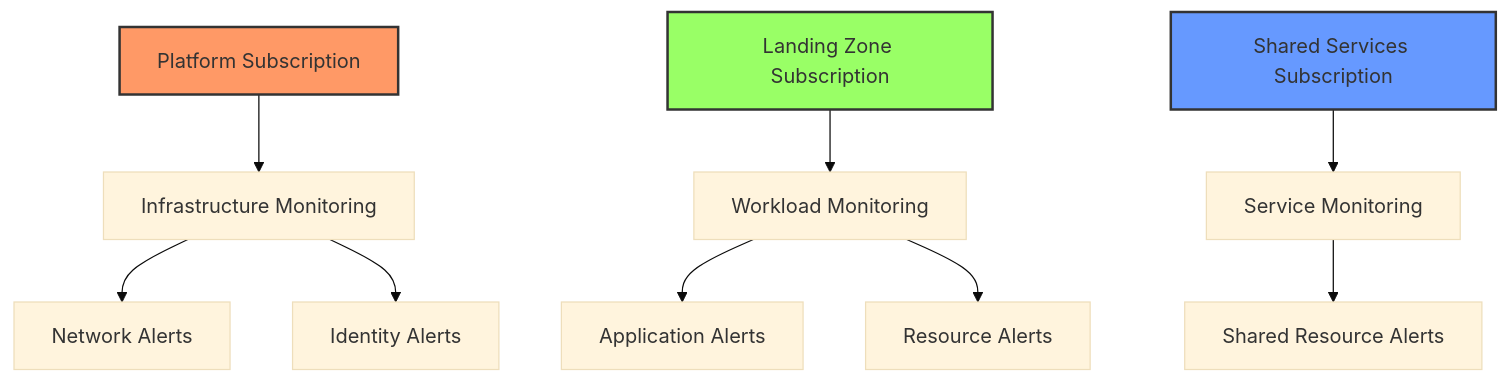
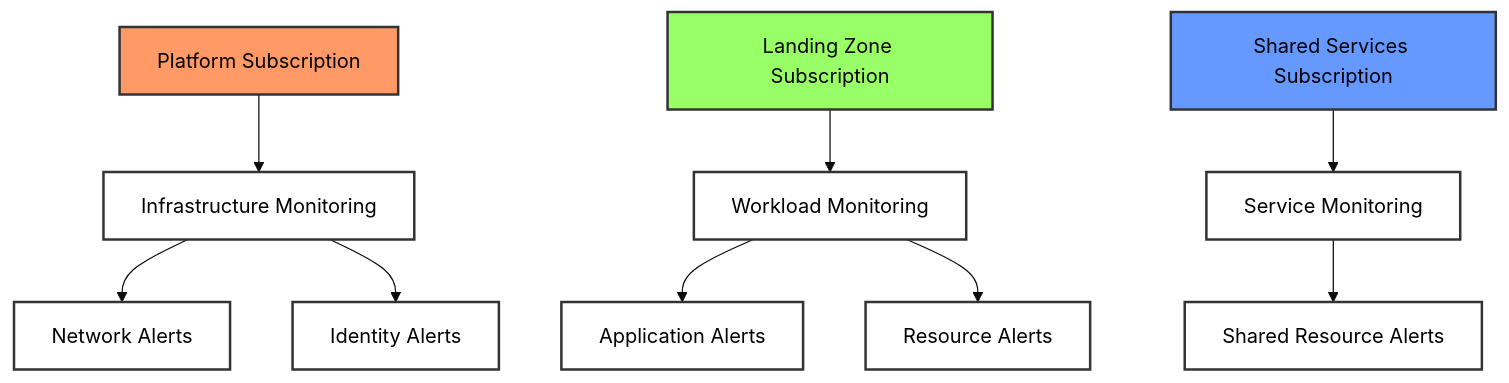
One commit to davoodharun/amba-design-doc changed the third of 5 diagrams in docs/03-ALZ-Integration.md. Above: the diagram before and after it, drawn with Mermaid (base theme). The commit also changed other lines of this file, not shown here.

Commit message:
updates diagrams

````diff
--- a/docs/03-ALZ-Integration.md
+++ b/docs/03-ALZ-Integration.md
@@ -165,16 +165,24 @@
 ```mermaid
 graph TD
     A[Platform Subscription] --> B[Infrastructure Monitoring]
     C[Landing Zone Subscription] --> D[Workload Monitoring]
     E[Shared Services Subscription] --> F[Service Monitoring]
     
     B --> G[Network Alerts]
     B --> H[Identity Alerts]
     D --> I[Application Alerts]
     D --> J[Resource Alerts]
     F --> K[Shared Resource Alerts]
     
-    style A fill:#f96,stroke:#333,stroke-width:2px
-    style C fill:#9f6,stroke:#333,stroke-width:2px
-    style E fill:#69f,stroke:#333,stroke-width:2px
+    style A fill:#f96,stroke:#333,stroke-width:2px,color:#000
+    style C fill:#9f6,stroke:#333,stroke-width:2px,color:#000
+    style E fill:#69f,stroke:#333,stroke-width:2px,color:#000
+    style B fill:#fff,stroke:#333,stroke-width:2px,color:#000
+    style D fill:#fff,stroke:#333,stroke-width:2px,color:#000
+    style F fill:#fff,stroke:#333,stroke-width:2px,color:#000
+    style G fill:#fff,stroke:#333,stroke-width:2px,color:#000
+    style H fill:#fff,stroke:#333,stroke-width:2px,color:#000
+    style I fill:#fff,stroke:#333,stroke-width:2px,color:#000
+    style J fill:#fff,stroke:#333,stroke-width:2px,color:#000
+    style K fill:#fff,stroke:#333,stroke-width:2px,color:#000
 ```
````
